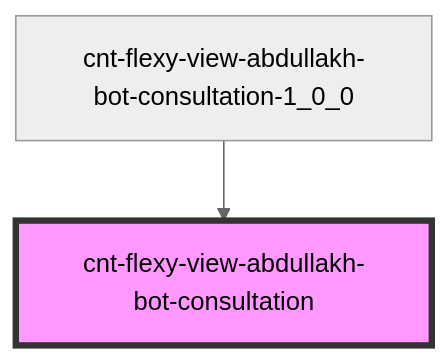
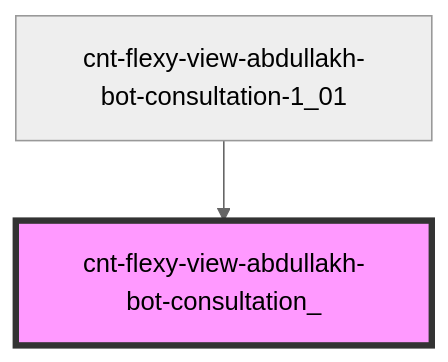
The diagram in src/components/cnt-flexy-view-abdullakh-bot-consultation/res/view/cnt-flexy-view-abdullakh-bot-consultation_/readme.md (Wokh-Dada/botdevelopmentapp), drawn with Mermaid (neutral theme) before and after one commit. The commit also changed other lines of this file and 34 other files, not shown here.

````diff
--- a/src/components/cnt-flexy-view-abdullakh-bot-consultation/res/view/cnt-flexy-view-abdullakh-bot-consultation_/readme.md
+++ b/src/components/cnt-flexy-view-abdullakh-bot-consultation/res/view/cnt-flexy-view-abdullakh-bot-consultation_/readme.md
@@ -30,5 +30,5 @@
 ```mermaid
 graph TD;
-  cnt-flexy-view-abdullakh-bot-consultation-1_0_0 --> cnt-flexy-view-abdullakh-bot-consultation
-  style cnt-flexy-view-abdullakh-bot-consultation fill:#f9f,stroke:#333,stroke-width:4px
+  cnt-flexy-view-abdullakh-bot-consultation-1_01 --> cnt-flexy-view-abdullakh-bot-consultation_
+  style cnt-flexy-view-abdullakh-bot-consultation_ fill:#f9f,stroke:#333,stroke-width:4px
 ```
````
